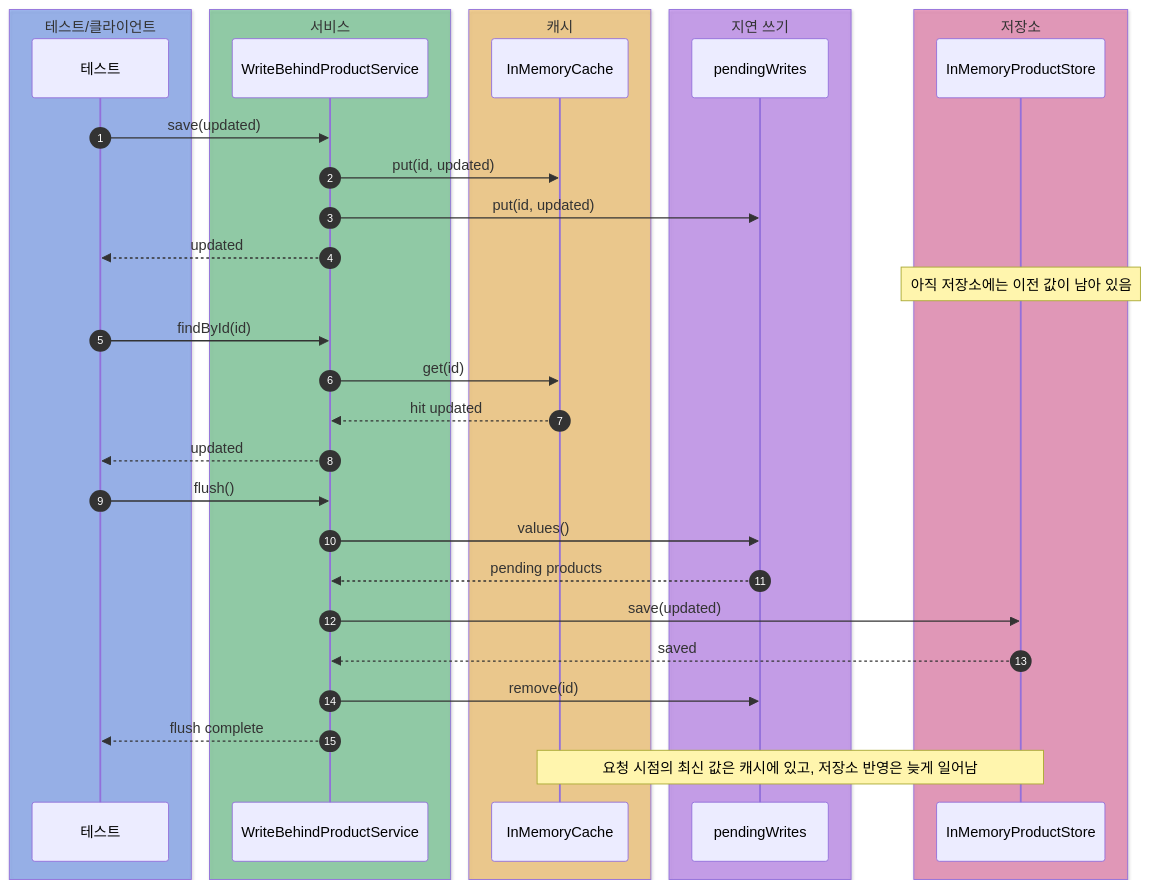
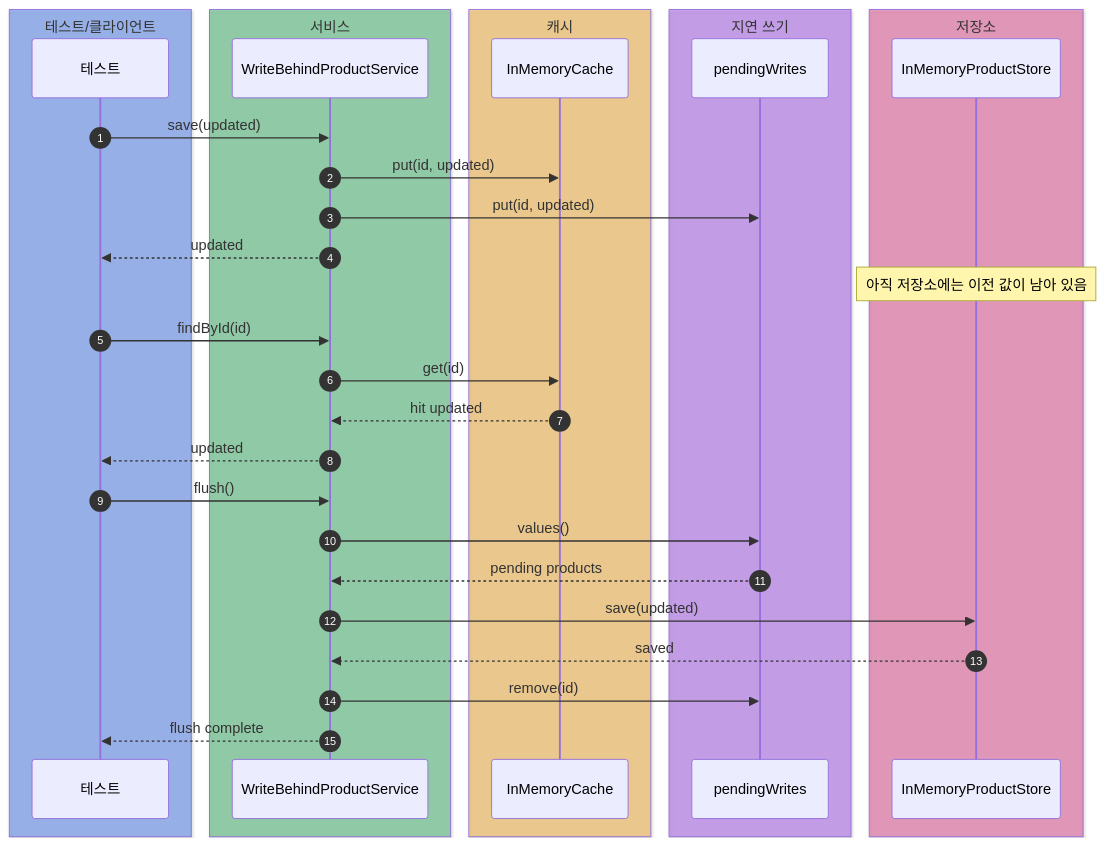
One commit to HJC96/deep-dive changed the sixth of 6 diagrams in labs/cache-patterns/README.md. Above: the diagram before and after it, drawn with Mermaid. The commit also changed other lines of this file and 17 other files, not shown here.

````diff
--- a/labs/cache-patterns/README.md
+++ b/labs/cache-patterns/README.md
@@ -406,40 +457,38 @@
 ```mermaid
 sequenceDiagram
     autonumber
     box rgba(37, 99, 235, 0.40) 테스트/클라이언트
     participant Test as 테스트
     end
     box rgba(22, 163, 74, 0.40) 서비스
     participant Service as WriteBehindProductService
     end
     box rgba(245, 158, 11, 0.40) 캐시
     participant Cache as InMemoryCache
     end
     box rgba(147, 51, 234, 0.40) 지연 쓰기
     participant Queue as pendingWrites
     end
     box rgba(219, 39, 119, 0.40) 저장소
     participant Store as InMemoryProductStore
     end
 
     Test->>Service: save(updated)
     Service->>Cache: put(id, updated)
     Service->>Queue: put(id, updated)
     Service-->>Test: updated
     Note over Store: 아직 저장소에는 이전 값이 남아 있음
 
     Test->>Service: findById(id)
     Service->>Cache: get(id)
     Cache-->>Service: hit updated
     Service-->>Test: updated
 
     Test->>Service: flush()
     Service->>Queue: values()
     Queue-->>Service: pending products
     Service->>Store: save(updated)
     Store-->>Service: saved
     Service->>Queue: remove(id)
     Service-->>Test: flush complete
-
-    Note over Cache,Store: 요청 시점의 최신 값은 캐시에 있고, 저장소 반영은 늦게 일어남
 ```
````
